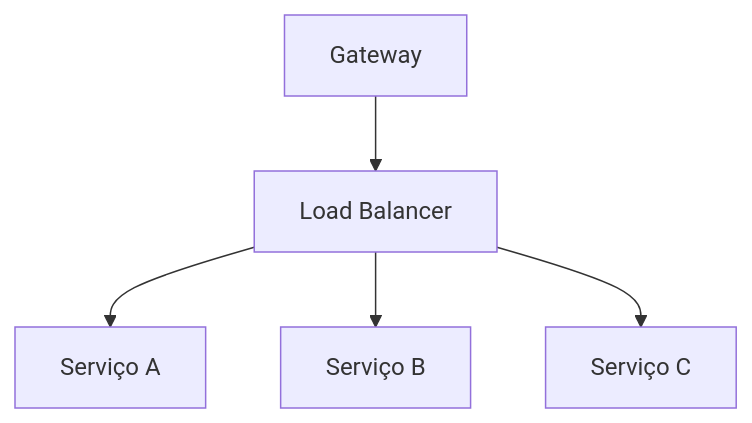
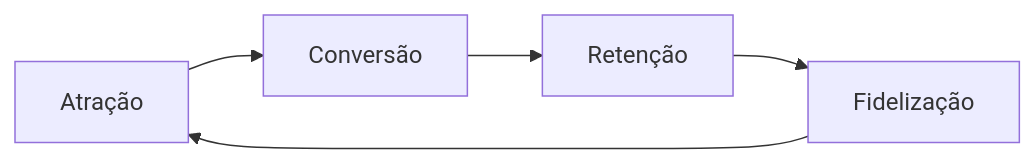
One commit to ricardotecpro/adm_gestao_tiaa changed the diagram in docs/slides/src/slide-02.md. Above: the diagram before and after it, drawn with Mermaid. The commit also changed other lines of this file and 62 other files, not shown here.

````diff
--- a/docs/slides/src/slide-02.md
+++ b/docs/slides/src/slide-02.md
@@ -69,7 +26,7 @@
 ```mermaid
-graph TD
-    GW[Gateway] --> LB[Load Balancer]
-    LB --> S1[Serviço A]
-    LB --> S2[Serviço B]
-    LB --> S3[Serviço C]
+graph LR
+    A[Atração] --> B[Conversão]
+    B --> C[Retenção]
+    C --> D[Fidelização]
+    D --> A
 ```
````
